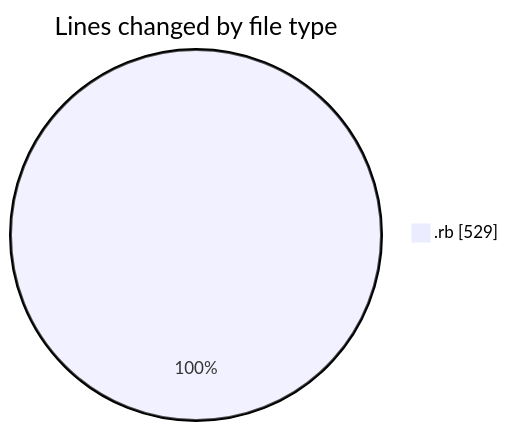
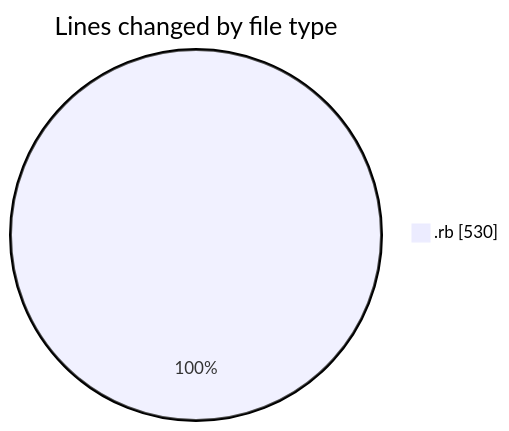
The first of 2 diagrams in 2025-06-18/app__container_registration-app__calm-app__/README.md (seballot/code-tracking), drawn with Mermaid before and after one commit. The commit also changed other lines of this file and 1 other file, not shown here.

````diff
--- a/2025-06-18/app__container_registration-app__calm-app__/README.md
+++ b/2025-06-18/app__container_registration-app__calm-app__/README.md
@@ -20,5 +20,5 @@
 ```mermaid
 pie showData
 title Lines changed by file type
-".rb" : 529
+".rb" : 530
 ```
````
